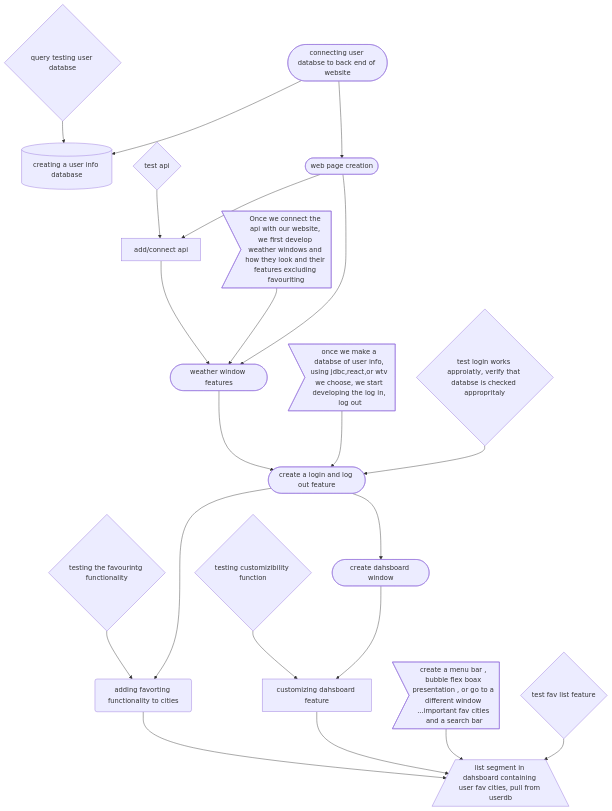
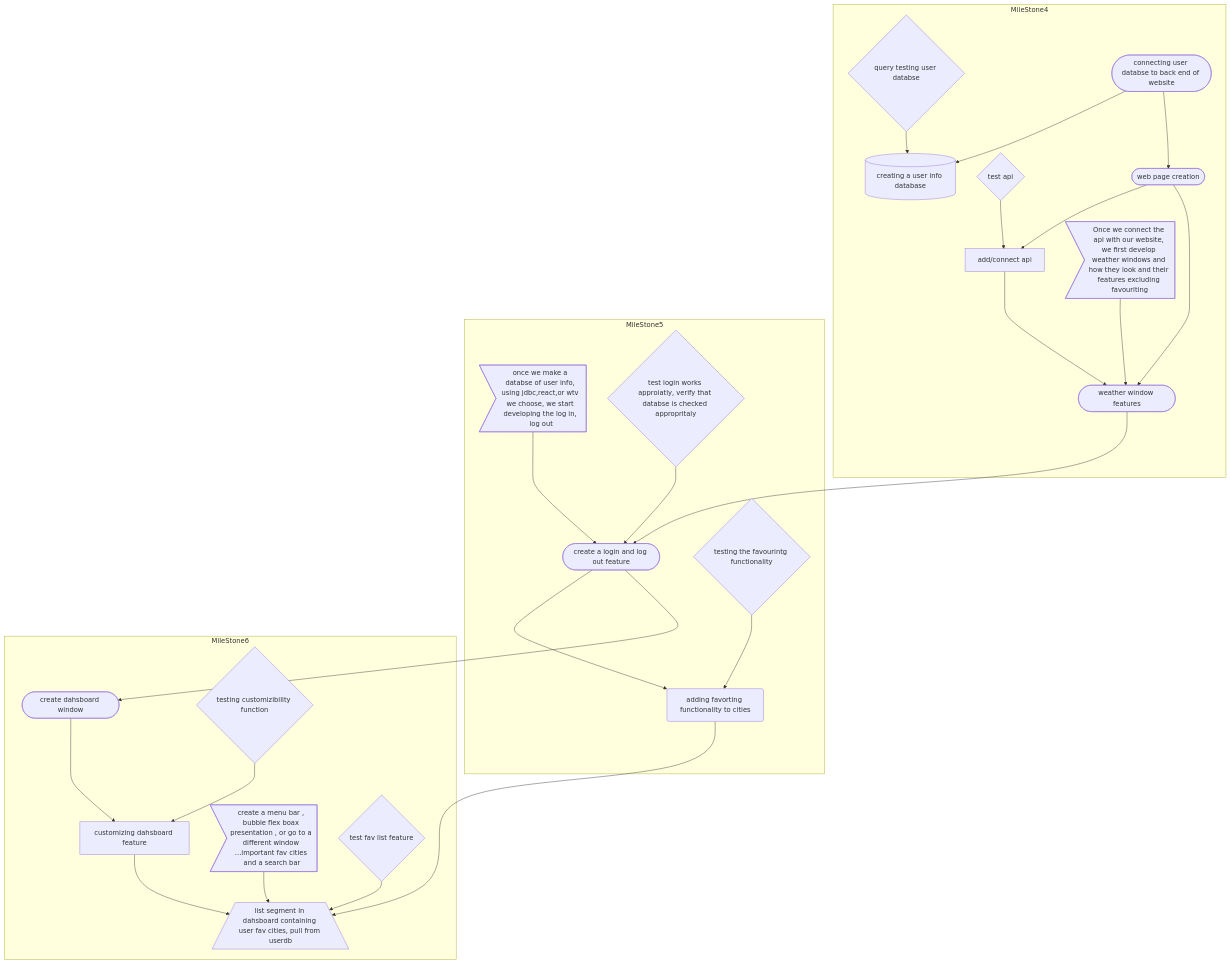
The diagram in Development-flow.md (IAmThatGuy2004/The-Weather-App-project), drawn with Mermaid before and after one commit.

Commit message:
dispalying features and development to be made in each milestone for better organization

````diff
--- a/Development-flow.md
+++ b/Development-flow.md
@@ -1,61 +1,67 @@
 ```mermaid
 flowchart TD
   
 web(["`web page creation`"]) 
 api["`add/connect api`"] 
 apitest{"`test api`"} 
 
 webfeatures(["`weather window features`"]) 
 wfeaturedesc>"`Once we connect the api with our website, we first develop weather windows and how they look and their features excluding favouriting`"] 
 
 userdb[("`creating a user info database`")] 
 userdbtest{"`query testing user databse`"} 
 
 connectuserdb(["`connecting user databse to back end of website`"]) 
 userdbdesc>"`once we make a databse of user info, using jdbc,react,or wtv we choose, we start developing the log in, log out `"] 
 login(["`create a login and log out feature`"]) 
 logintest{"`test login works approiatly, verify that databse is checked appropritaly `"} 
 
 favfeature("`adding favorting functionality to cities`")
 testfav{"`testing the favourintg functionality`"} 
 
 dasboardwindow(["`create dahsboard window`"]) 
 dashboardcust["`customizing dahsboard feature`"] 
 testdashboard{"`testing customizibility function`"} 
 
+subgraph MileStone4
 web -->api
 apitest -->api
 
 web-->webfeatures
 api-->webfeatures
 
 wfeaturedesc -->webfeatures
 
 userdbtest-->userdb
-
 connectuserdb-->userdb
 connectuserdb-->web
+end
+
+subgraph MileStone5
 
 userdbdesc-->login
 webfeatures-->login
 logintest-->login
 
 login-->favfeature
 testfav-->favfeature
+end
 
+subgraph MileStone6
 login-->dasboardwindow
 dasboardwindow-->dashboardcust
 testdashboard-->dashboardcust
 
 
 favlist[/"`list segment in dahsboard containing user fav cities, pull from userdb`"\]
 favlistdesc>"`create a menu bar , bubble flex boax presentation , or go to a different window ...important fav cities and a search bar`"] 
 favlisttest{"`test fav list feature`"}
 
 favfeature-->favlist
 dashboardcust-->favlist
 
 favlistdesc-->favlist
 favlisttest-->favlist
+end
 
 ```
````
